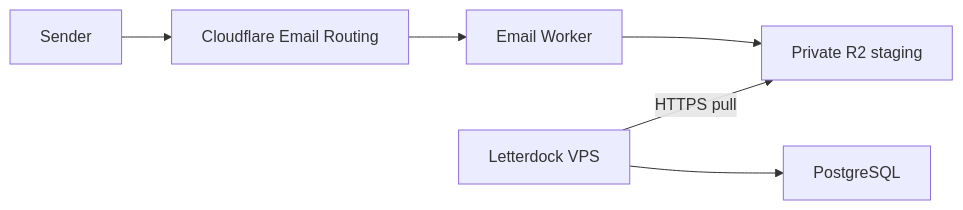
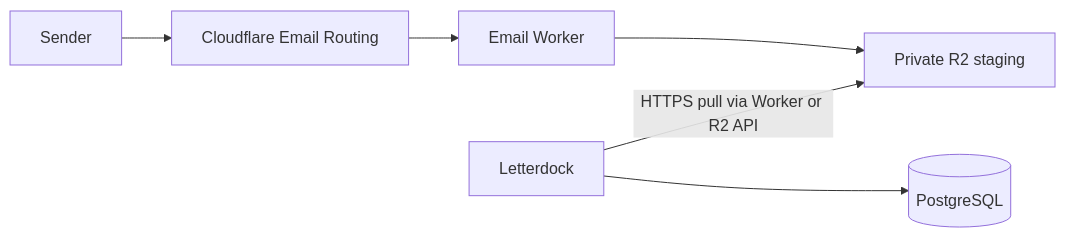
One commit to hamskillah/letterdock changed the diagram in README.md. Above: the diagram before and after it, drawn with Mermaid. The commit also changed other lines of this file and 3 other files, not shown here.

````diff
--- a/README.md
+++ b/README.md
@@ -16,8 +72,8 @@
 ```mermaid
 flowchart LR
-    Sender --> MX[Cloudflare Email Routing]
-    MX --> Worker[Email Worker]
+    Sender --> Routing[Cloudflare Email Routing]
+    Routing --> Worker[Email Worker]
     Worker --> R2[Private R2 staging]
-    VPS[Letterdock VPS] -->|HTTPS pull| R2
-    VPS --> PostgreSQL
+    App[Letterdock] -->|HTTPS pull via Worker or R2 API| R2
+    App --> Postgres[(PostgreSQL)]
 ```
````
